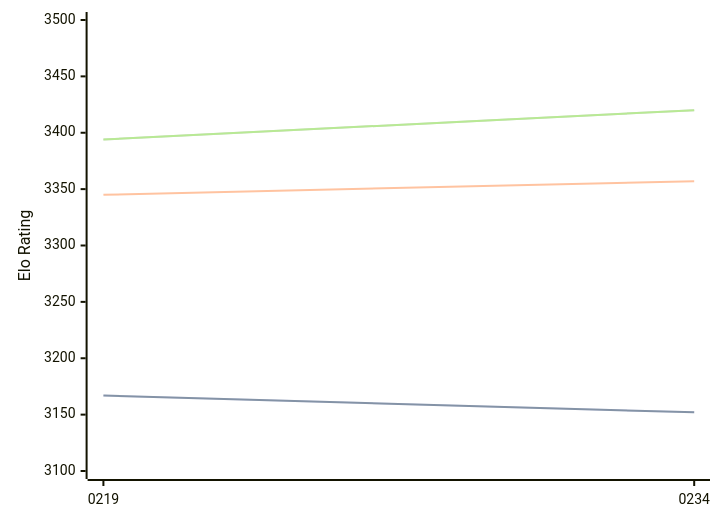
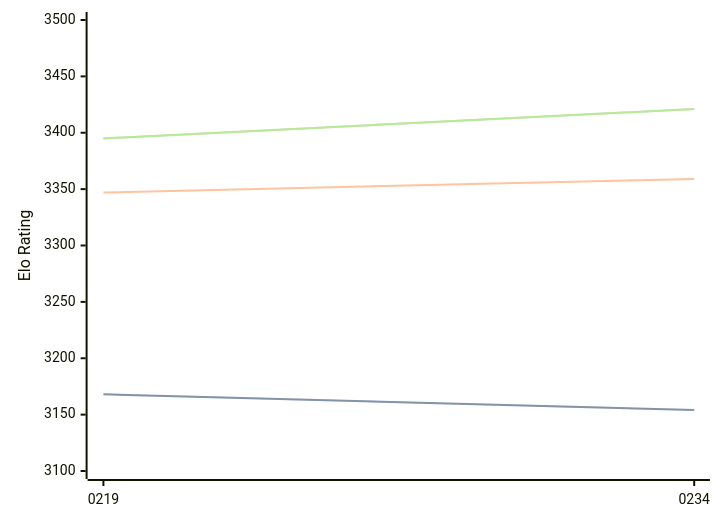
The diagram in engines/Ynode.md (computer-chess-index/cci), drawn with Mermaid before and after one commit. The commit also changed other lines of this file, not shown here.

Commit message:
Update CCI Ratings (ELO VLTC) - 2026-03-29

````diff
--- a/engines/Ynode.md
+++ b/engines/Ynode.md
@@ -39,11 +39,11 @@
 ```mermaid
 %%{init: {"theme":"base","themeVariables":{"seriesColors:['#a3a3a3','#222221','#faa371']}}}%%
 xychart-beta
   x-axis ["0219", "0234"]
   y-axis "Elo Rating" 3100 --> 3500
-  line "STC (8.0+0.08s)" [3167, 3152]
-  line "STC (8.0+0.08s)" [3167, 3152]
-  line "LTC (60.0+0.60s)" [3345, 3357]
-  line "VLTC (2m24s+1.12s)" [3394, 3420]
-  line "VLTC (2m24s+1.12s)" [3394, 3420]
+  line "STC (8.0+0.08s)" [3168, 3154]
+  line "STC (8.0+0.08s)" [3168, 3154]
+  line "LTC (60.0+0.60s)" [3347, 3359]
+  line "VLTC (2m24s+1.12s)" [3395, 3421]
+  line "VLTC (2m24s+1.12s)" [3395, 3421]
 ```
````
